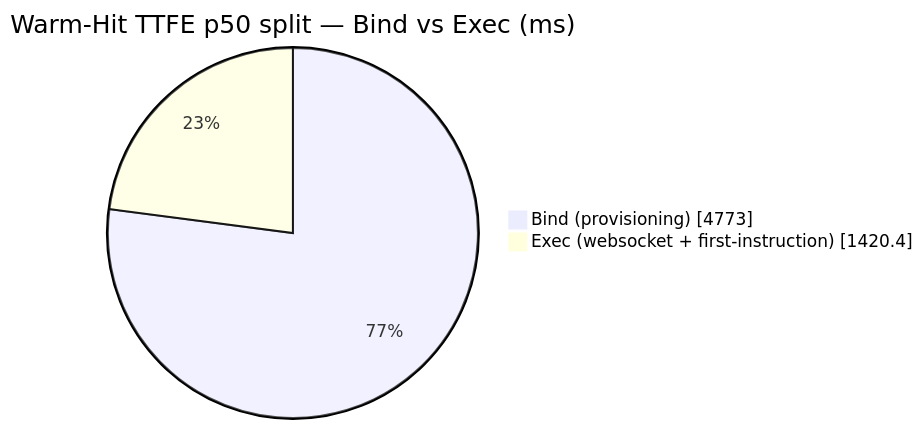
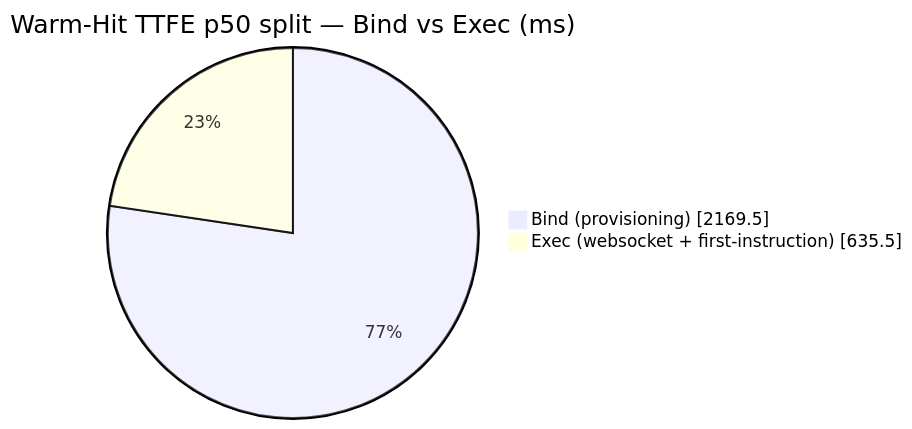
Before and after one commit to AlexBulankou/honest-bench: the diagram in DETAILS.md, drawn with Mermaid. The commit also changed other lines of this file and 4 other files, not shown here.

````diff
--- a/DETAILS.md
+++ b/DETAILS.md
@@ -104,6 +105,6 @@
 ```mermaid
 pie showData
     title Warm-Hit TTFE p50 split — Bind vs Exec (ms)
-    "Bind (provisioning)" : 4773.0
-    "Exec (websocket + first-instruction)" : 1420.4
+    "Bind (provisioning)" : 2169.5
+    "Exec (websocket + first-instruction)" : 635.5
 ```
````
